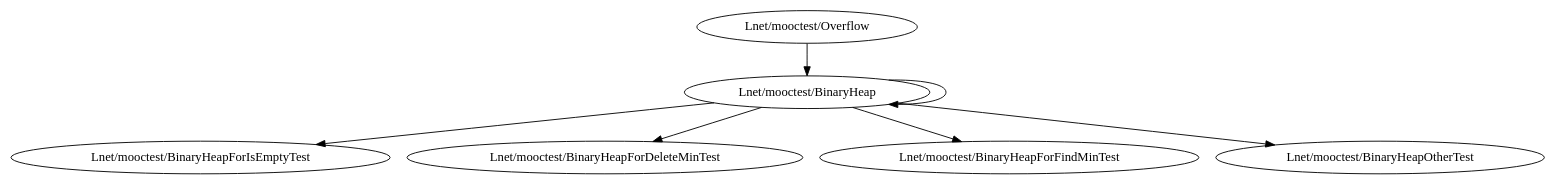
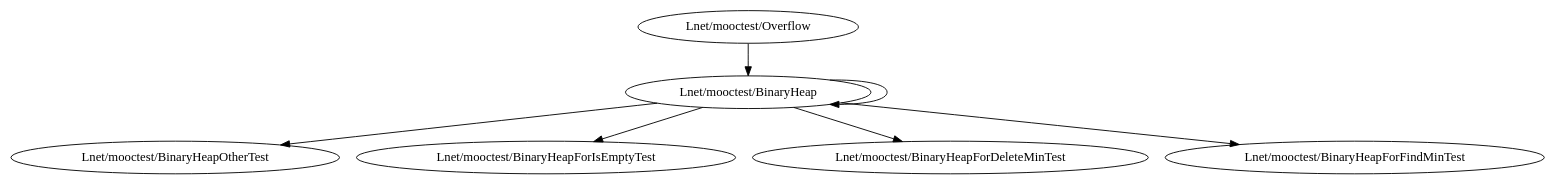
Before and after one commit to sunflower-zzn/AutomatedTesting2020: the diagram in Report/3-BinaryHeap-class.dot, drawn with Graphviz. The commit also changed 43 other files, not shown here.

```diff
--- a/Report/3-BinaryHeap-class.dot
+++ b/Report/3-BinaryHeap-class.dot
@@ -1,8 +1,8 @@
-digraph cmd_method {
-	"Lnet/mooctest/BinaryHeap" -> "Lnet/mooctest/BinaryHeapForIsEmptyTest"
-	"Lnet/mooctest/BinaryHeap" -> "Lnet/mooctest/BinaryHeapForDeleteMinTest"
-	"Lnet/mooctest/BinaryHeap" -> "Lnet/mooctest/BinaryHeap"
-	"Lnet/mooctest/BinaryHeap" -> "Lnet/mooctest/BinaryHeapForFindMinTest"
-	"Lnet/mooctest/BinaryHeap" -> "Lnet/mooctest/BinaryHeapOtherTest"
-	"Lnet/mooctest/Overflow" -> "Lnet/mooctest/BinaryHeap"
+digraph cmd_class {
+	"Lnet/mooctest/BinaryHeap" -> "Lnet/mooctest/BinaryHeapOtherTest";
+	"Lnet/mooctest/BinaryHeap" -> "Lnet/mooctest/BinaryHeapForIsEmptyTest";
+	"Lnet/mooctest/BinaryHeap" -> "Lnet/mooctest/BinaryHeapForDeleteMinTest";
+	"Lnet/mooctest/BinaryHeap" -> "Lnet/mooctest/BinaryHeapForFindMinTest";
+	"Lnet/mooctest/BinaryHeap" -> "Lnet/mooctest/BinaryHeap";
+	"Lnet/mooctest/Overflow" -> "Lnet/mooctest/BinaryHeap";
 }
```
